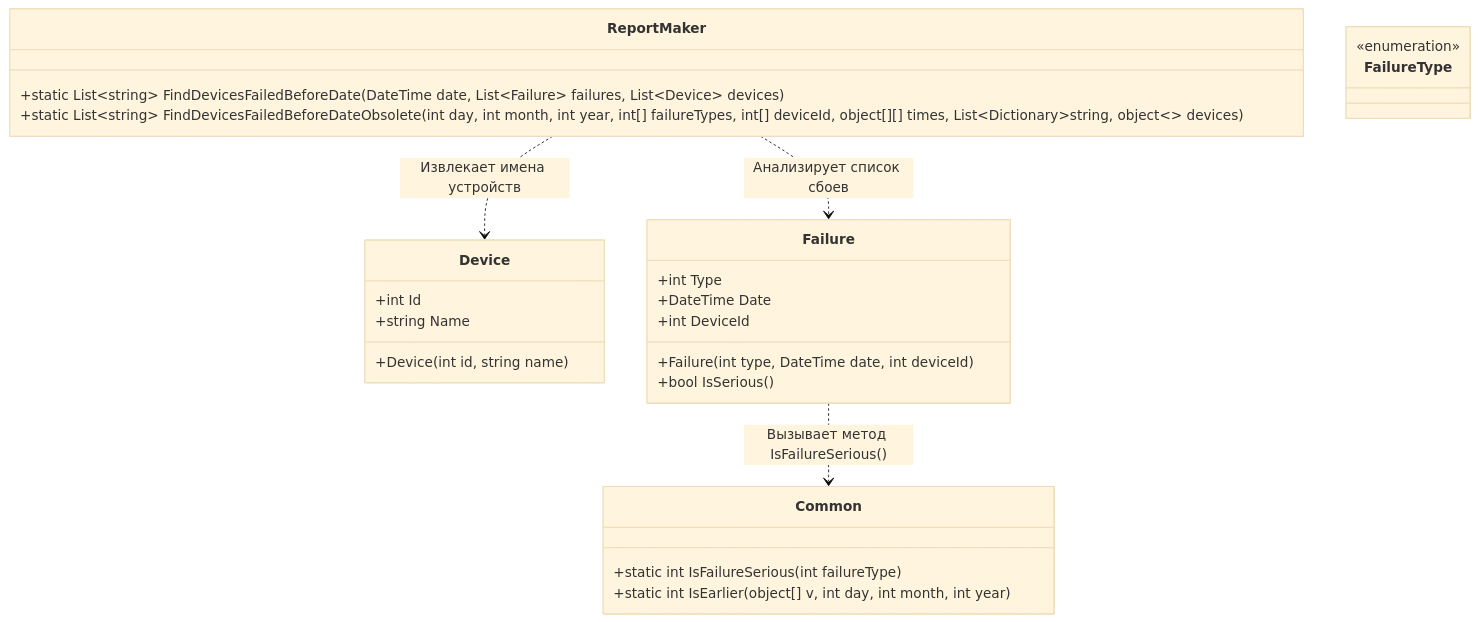
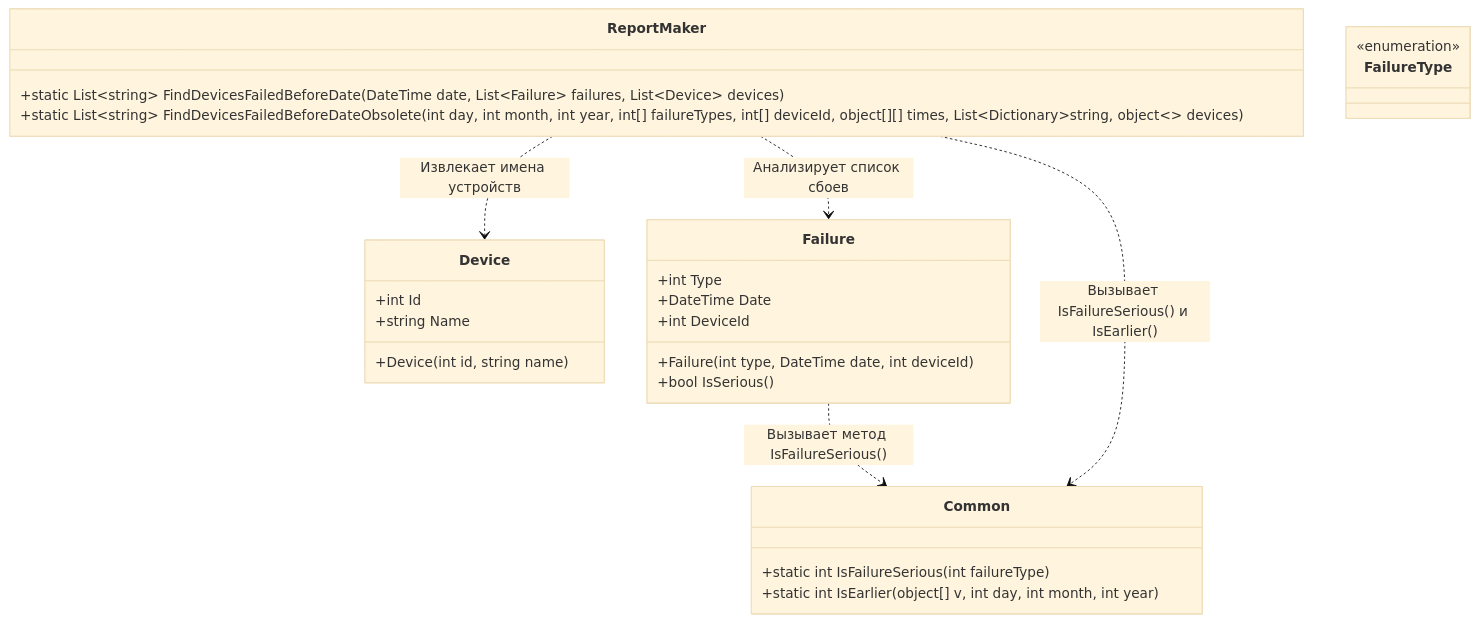
One commit to ram0k009/Practice changed the diagram in sboi.md. Above: the diagram before and after it, drawn with Mermaid (base theme).

````diff
--- a/sboi.md
+++ b/sboi.md
@@ -1,36 +1,37 @@
 ```mermaid
 classDiagram
 direction TB
     class Device {
 	    +int Id
 	    +string Name
 	    +Device(int id, string name)
     }
 
     class Failure {
 	    +int Type
 	    +DateTime Date
 	    +int DeviceId
 	    +Failure(int type, DateTime date, int deviceId)
 	    +bool IsSerious()
     }
 
     class Common {
 	    +static int IsFailureSerious(int failureType)
 	    +static int IsEarlier(object[] v, int day, int month, int year)
     }
 
     class ReportMaker {
 	    +static List~string~ FindDevicesFailedBeforeDate(DateTime date, List~Failure~ failures, List~Device~ devices)
 	    +static List~string~ FindDevicesFailedBeforeDateObsolete(int day, int month, int year, int[] failureTypes, int[] deviceId, object[][] times, List~Dictionary~string, object~~ devices)
     }
 
     class FailureType {
     }
 
 	<<enumeration>> FailureType
 
     Failure ..> Common : Вызывает метод IsFailureSerious()
     ReportMaker ..> Failure : Анализирует список сбоев
     ReportMaker ..> Device : Извлекает имена устройств
+	ReportMaker ..> Common : Вызывает IsFailureSerious() и IsEarlier()
 ```
````
